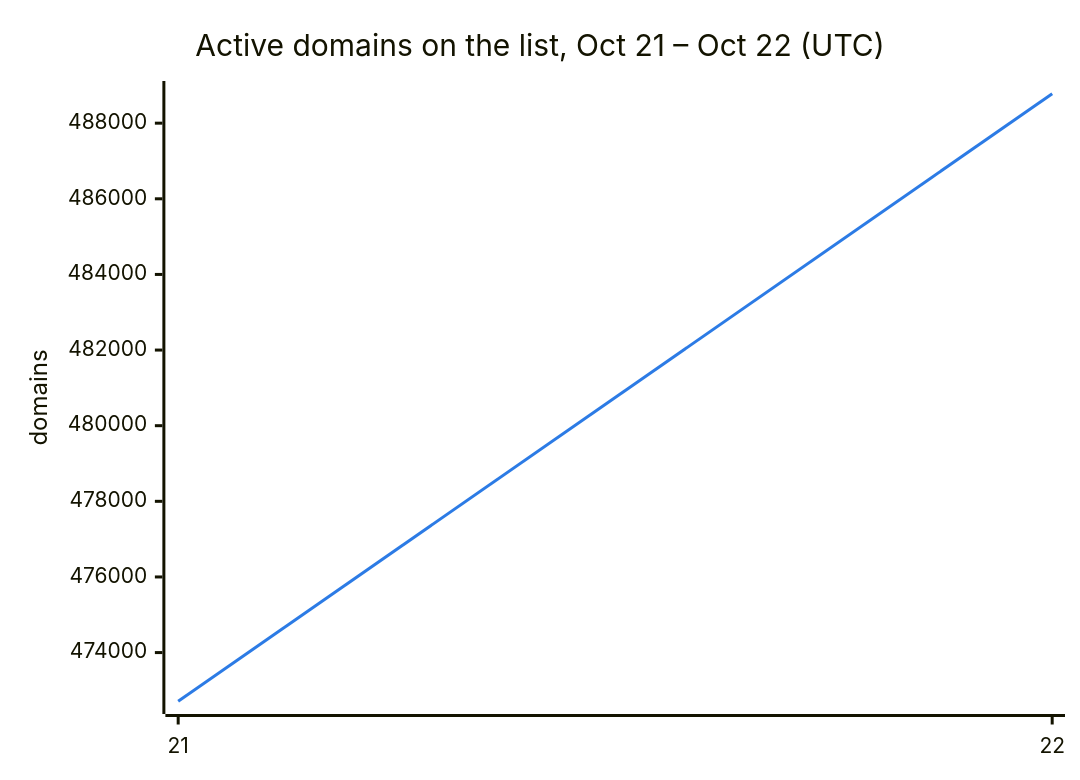
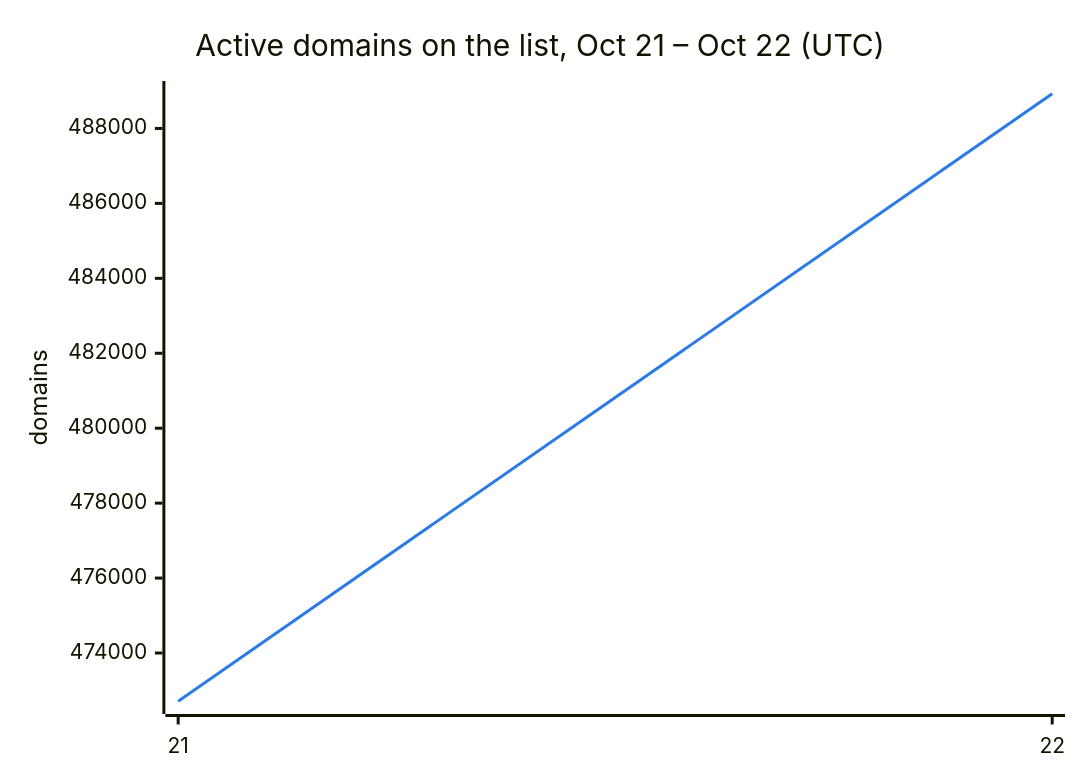
One commit to DNSBunker/CTI changed the second of 3 diagrams in README.md. Above: the diagram before and after it, drawn with Mermaid. The commit also changed other lines of this file and 3 other files, not shown here.

````diff
--- a/README.md
+++ b/README.md
@@ -38,8 +38,8 @@
 ```mermaid
 %%{init: {"themeVariables": {"xyChart": {"plotColorPalette": "#2c7be5"}}}}%%
 xychart-beta
     title "Active domains on the list, Oct 21 – Oct 22 (UTC)"
     x-axis ["21", "22"]
     y-axis "domains"
-    line [472713, 488778]
+    line [472713, 488926]
 ```
````
